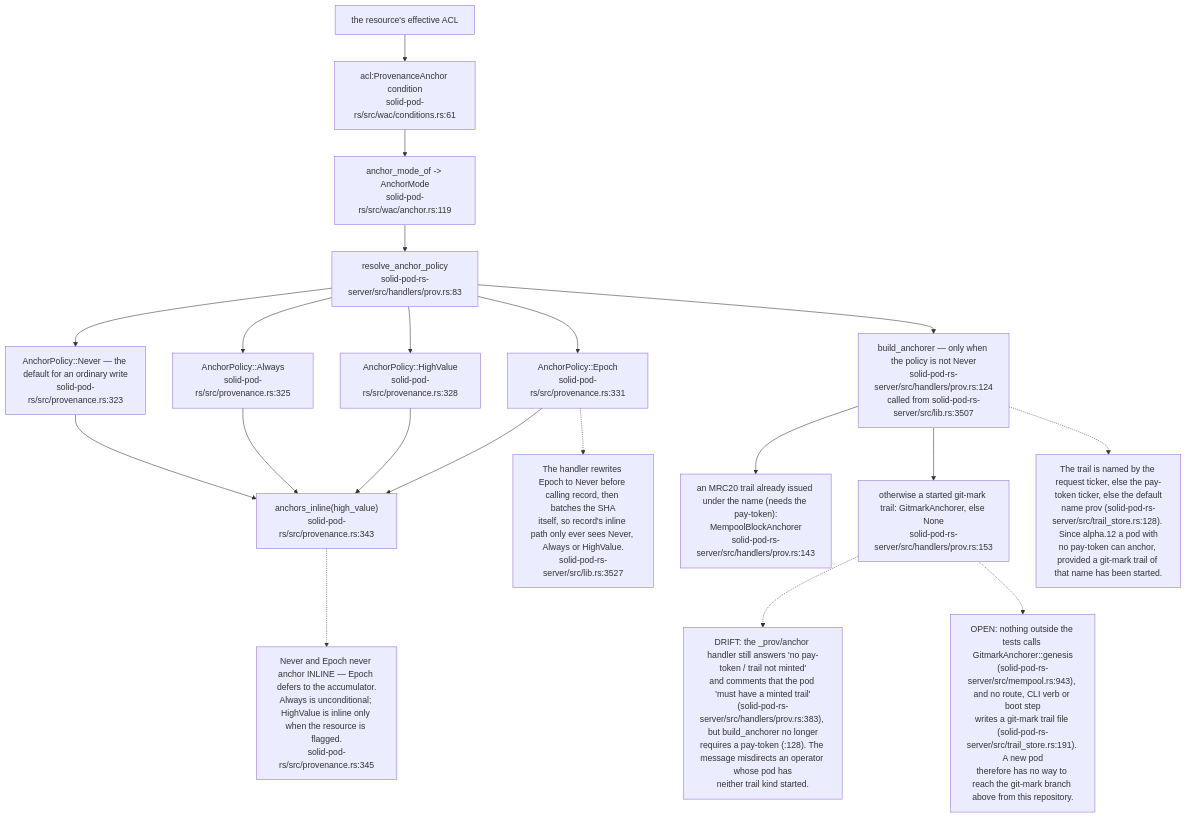
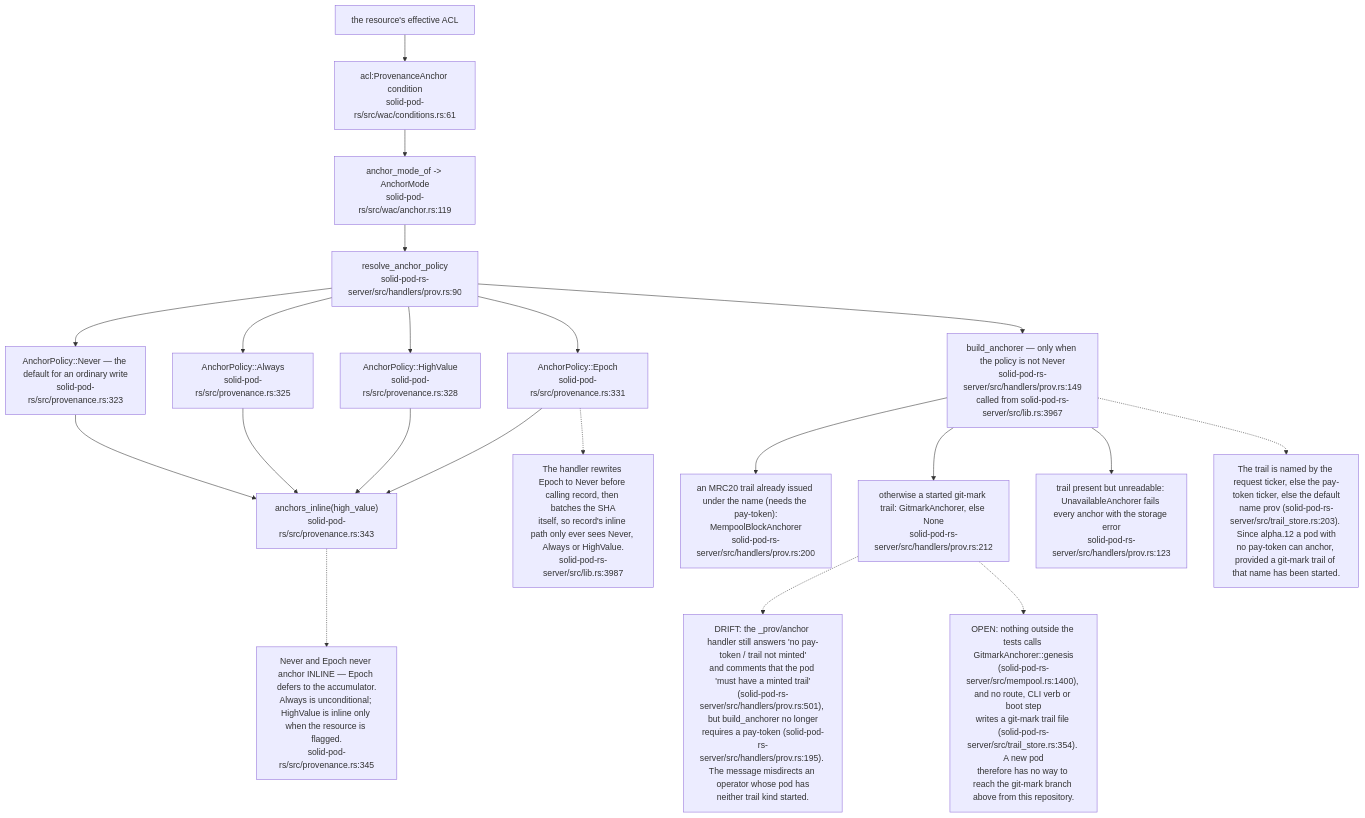
The third of 19 diagrams in docs/diagrams/solid-pod-rs/07-provenance-and-payments.md (DreamLab-AI/VisionFlow), drawn with Mermaid before and after one commit. The commit also changed other lines of this file and 160 other files, not shown here.

````diff
--- a/docs/diagrams/solid-pod-rs/07-provenance-and-payments.md
+++ b/docs/diagrams/solid-pod-rs/07-provenance-and-payments.md
@@ -86,39 +86,41 @@
 ```mermaid
 flowchart TD
     ACL["the resource's effective ACL"]
     COND["acl:ProvenanceAnchor condition<br/>solid-pod-rs/src/wac/conditions.rs:61"]
     MODE["anchor_mode_of -> AnchorMode<br/>solid-pod-rs/src/wac/anchor.rs:119"]
-    RES["resolve_anchor_policy<br/>solid-pod-rs-server/src/handlers/prov.rs:83"]
+    RES["resolve_anchor_policy<br/>solid-pod-rs-server/src/handlers/prov.rs:90"]
     NEVER["AnchorPolicy::Never — the default for an ordinary write<br/>solid-pod-rs/src/provenance.rs:323"]
     ALWAYS["AnchorPolicy::Always<br/>solid-pod-rs/src/provenance.rs:325"]
     HV["AnchorPolicy::HighValue<br/>solid-pod-rs/src/provenance.rs:328"]
     EP["AnchorPolicy::Epoch<br/>solid-pod-rs/src/provenance.rs:331"]
     INLINE["anchors_inline(high_value)<br/>solid-pod-rs/src/provenance.rs:343"]
-    BLD["build_anchorer — only when the policy is not Never<br/>solid-pod-rs-server/src/handlers/prov.rs:124<br/>called from solid-pod-rs-server/src/lib.rs:3507"]
-    BMR["an MRC20 trail already issued under the name (needs the pay-token):<br/>MempoolBlockAnchorer<br/>solid-pod-rs-server/src/handlers/prov.rs:143"]
-    BGM["otherwise a started git-mark trail: GitmarkAnchorer, else None<br/>solid-pod-rs-server/src/handlers/prov.rs:153"]
+    BLD["build_anchorer — only when the policy is not Never<br/>solid-pod-rs-server/src/handlers/prov.rs:149<br/>called from solid-pod-rs-server/src/lib.rs:3967"]
+    BMR["an MRC20 trail already issued under the name (needs the pay-token):<br/>MempoolBlockAnchorer<br/>solid-pod-rs-server/src/handlers/prov.rs:200"]
+    UNA["trail present but unreadable: UnavailableAnchorer fails every anchor with the storage error<br/>solid-pod-rs-server/src/handlers/prov.rs:123"]
+    BGM["otherwise a started git-mark trail: GitmarkAnchorer, else None<br/>solid-pod-rs-server/src/handlers/prov.rs:212"]
 
     ACL --> COND --> MODE --> RES
     RES --> NEVER
     RES --> ALWAYS
     RES --> HV
     RES --> EP
     NEVER --> INLINE
     ALWAYS --> INLINE
     HV --> INLINE
     EP --> INLINE
     RES --> BLD
     BLD --> BMR
     BLD --> BGM
+    BLD --> UNA
 
     N["Never and Epoch never anchor INLINE — Epoch defers to the accumulator.<br/>Always is unconditional; HighValue is inline only when the resource is flagged.<br/>solid-pod-rs/src/provenance.rs:345"]
     INLINE -.-> N
-    N2["The handler rewrites Epoch to Never before calling record, then batches the SHA<br/>itself, so record's inline path only ever sees Never, Always or HighValue.<br/>solid-pod-rs-server/src/lib.rs:3527"]
+    N2["The handler rewrites Epoch to Never before calling record, then batches the SHA<br/>itself, so record's inline path only ever sees Never, Always or HighValue.<br/>solid-pod-rs-server/src/lib.rs:3987"]
     EP -.-> N2
-    N3["The trail is named by the request ticker, else the pay-token ticker, else the default<br/>name prov (solid-pod-rs-server/src/trail_store.rs:128). Since alpha.12 a pod with<br/>no pay-token can anchor, provided a git-mark trail of that name has been started."]
+    N3["The trail is named by the request ticker, else the pay-token ticker, else the default<br/>name prov (solid-pod-rs-server/src/trail_store.rs:203). Since alpha.12 a pod with<br/>no pay-token can anchor, provided a git-mark trail of that name has been started."]
     BLD -.-> N3
-    N4["DRIFT: the _prov/anchor handler still answers 'no pay-token / trail not minted'<br/>and comments that the pod 'must have a minted trail'<br/>(solid-pod-rs-server/src/handlers/prov.rs:383), but build_anchorer no longer<br/>requires a pay-token (:128). The message misdirects an operator whose pod has<br/>neither trail kind started."]
+    N4["DRIFT: the _prov/anchor handler still answers 'no pay-token / trail not minted'<br/>and comments that the pod 'must have a minted trail'<br/>(solid-pod-rs-server/src/handlers/prov.rs:501), but build_anchorer no longer<br/>requires a pay-token (solid-pod-rs-server/src/handlers/prov.rs:195). The message misdirects an operator whose pod has<br/>neither trail kind started."]
     BGM -.-> N4
-    N5["OPEN: nothing outside the tests calls GitmarkAnchorer::genesis<br/>(solid-pod-rs-server/src/mempool.rs:943), and no route, CLI verb or boot step<br/>writes a git-mark trail file (solid-pod-rs-server/src/trail_store.rs:191). A new pod<br/>therefore has no way to reach the git-mark branch above from this repository."]
+    N5["OPEN: nothing outside the tests calls GitmarkAnchorer::genesis<br/>(solid-pod-rs-server/src/mempool.rs:1400), and no route, CLI verb or boot step<br/>writes a git-mark trail file (solid-pod-rs-server/src/trail_store.rs:354). A new pod<br/>therefore has no way to reach the git-mark branch above from this repository."]
     BGM -.-> N5
 ```
````
